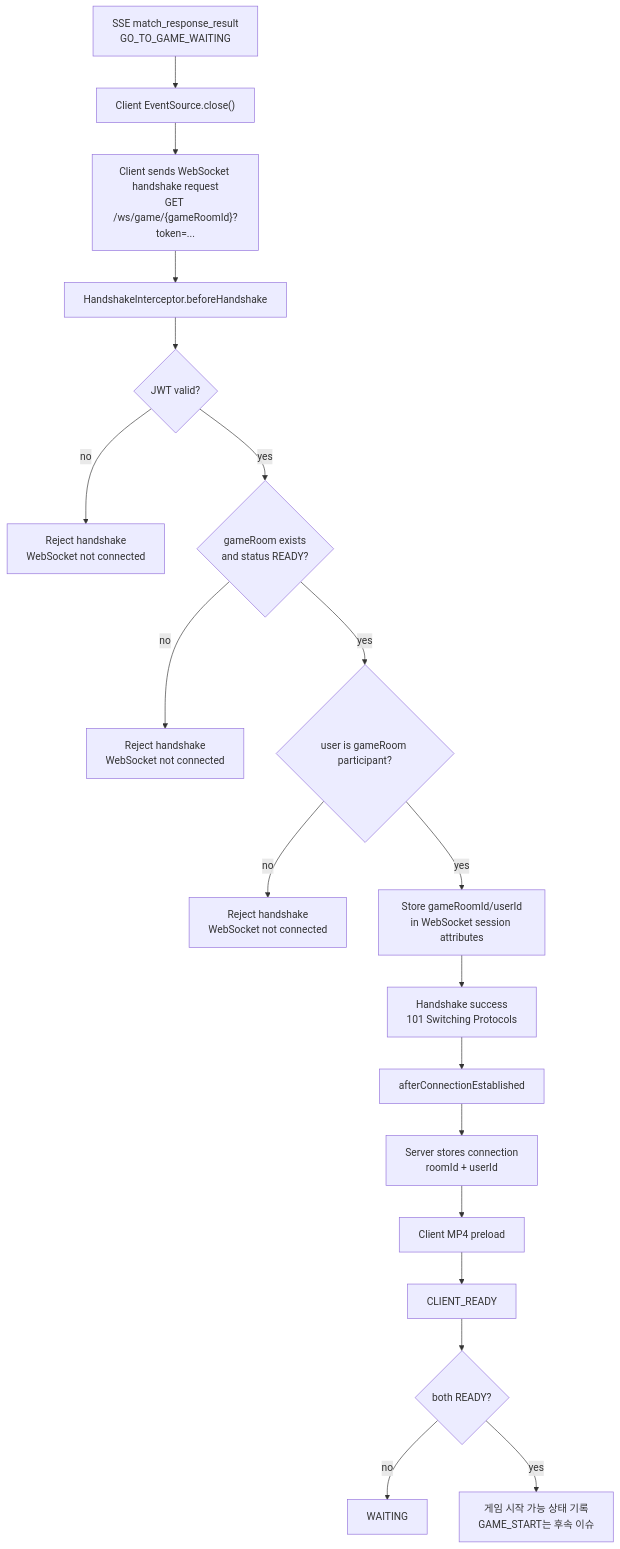
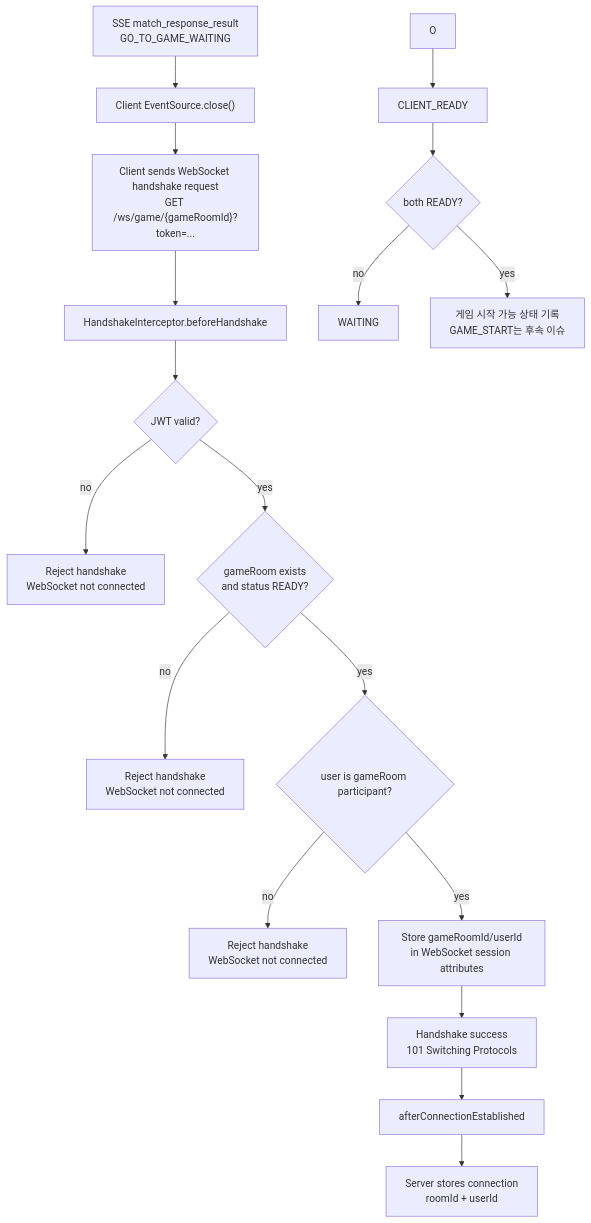
One commit to moonwhistle/League-of-Star changed the first of 2 diagrams in docs/antigravity/backend/issue-40-game-waiting-websocket.md. Above: the diagram before and after it, drawn with Mermaid. The commit also changed other lines of this file and 47 other files, not shown here.

````diff
--- a/docs/antigravity/backend/issue-40-game-waiting-websocket.md
+++ b/docs/antigravity/backend/issue-40-game-waiting-websocket.md
@@ -14,21 +14,20 @@
 ```mermaid
 flowchart TD
     A["SSE match_response_result<br/>GO_TO_GAME_WAITING"] --> B["Client EventSource.close()"]
     B --> C["Client sends WebSocket handshake request<br/>GET /ws/game/{gameRoomId}?token=..."]
     C --> D["HandshakeInterceptor.beforeHandshake"]
     D --> E{"JWT valid?"}
     E -->|"no"| F["Reject handshake<br/>WebSocket not connected"]
     E -->|"yes"| G{"gameRoom exists<br/>and status READY?"}
     G -->|"no"| H["Reject handshake<br/>WebSocket not connected"]
     G -->|"yes"| I{"user is gameRoom participant?"}
     I -->|"no"| J["Reject handshake<br/>WebSocket not connected"]
     I -->|"yes"| K["Store gameRoomId/userId<br/>in WebSocket session attributes"]
     K --> L["Handshake success<br/>101 Switching Protocols"]
     L --> M["afterConnectionEstablished"]
     M --> N["Server stores connection<br/>roomId + userId"]
-    N --> O["Client MP4 preload"]
     O --> P["CLIENT_READY"]
     P --> Q{"both READY?"}
     Q -->|"no"| R["WAITING"]
     Q -->|"yes"| S["게임 시작 가능 상태 기록<br/>GAME_START는 후속 이슈"]
 ```
````
